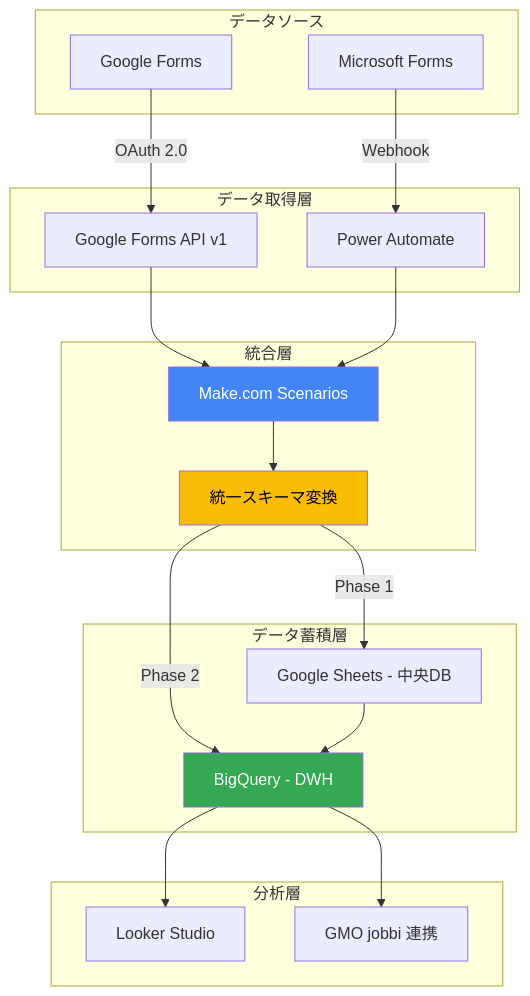
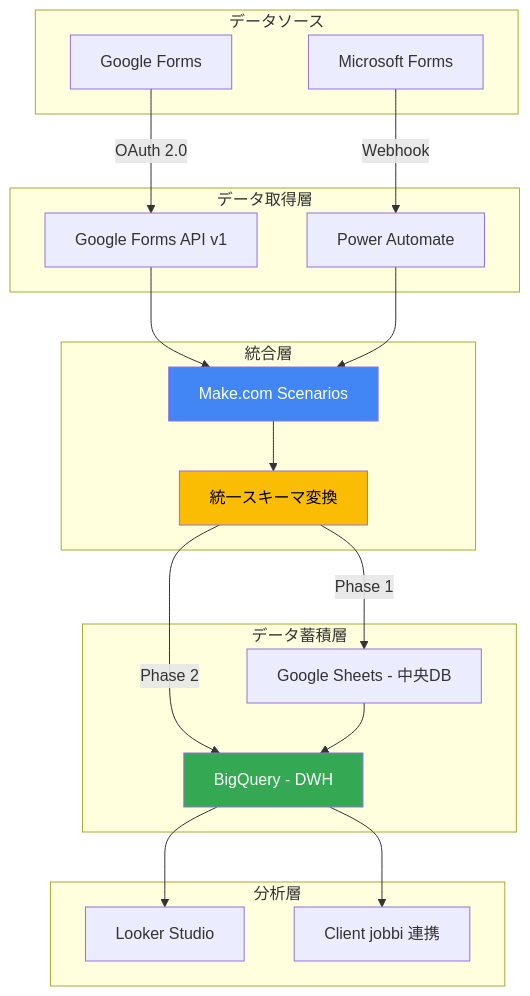
The first of 3 diagrams in output/01_feasibility_report.md (akira882/GoogleForms-MicrosoftForm_Integration_Project), drawn with Mermaid before and after one commit. The commit also changed other lines of this file and 19 other files, not shown here.

````diff
--- a/output/01_feasibility_report.md
+++ b/output/01_feasibility_report.md
@@ -57,42 +57,42 @@
 ```mermaid
 graph TB
     subgraph "データソース"
         A[Google Forms]
         B[Microsoft Forms]
     end
 
     subgraph "データ取得層"
         C[Google Forms API v1]
         D[Power Automate]
     end
 
     subgraph "統合層"
         E[Make.com Scenarios]
         F[統一スキーマ変換]
     end
 
     subgraph "データ蓄積層"
         G[Google Sheets - 中央DB]
         H[BigQuery - DWH]
     end
 
     subgraph "分析層"
         I[Looker Studio]
-        J[GMO jobbi 連携]
+        J[Client jobbi 連携]
     end
 
     A -->|OAuth 2.0| C
     B -->|Webhook| D
     C --> E
     D --> E
     E --> F
     F -->|Phase 1| G
     F -->|Phase 2| H
     G --> H
     H --> I
     H --> J
 
     style E fill:#4285F4,color:#fff
     style F fill:#FBBC04,color:#000
     style H fill:#34A853,color:#fff
 ```
````
